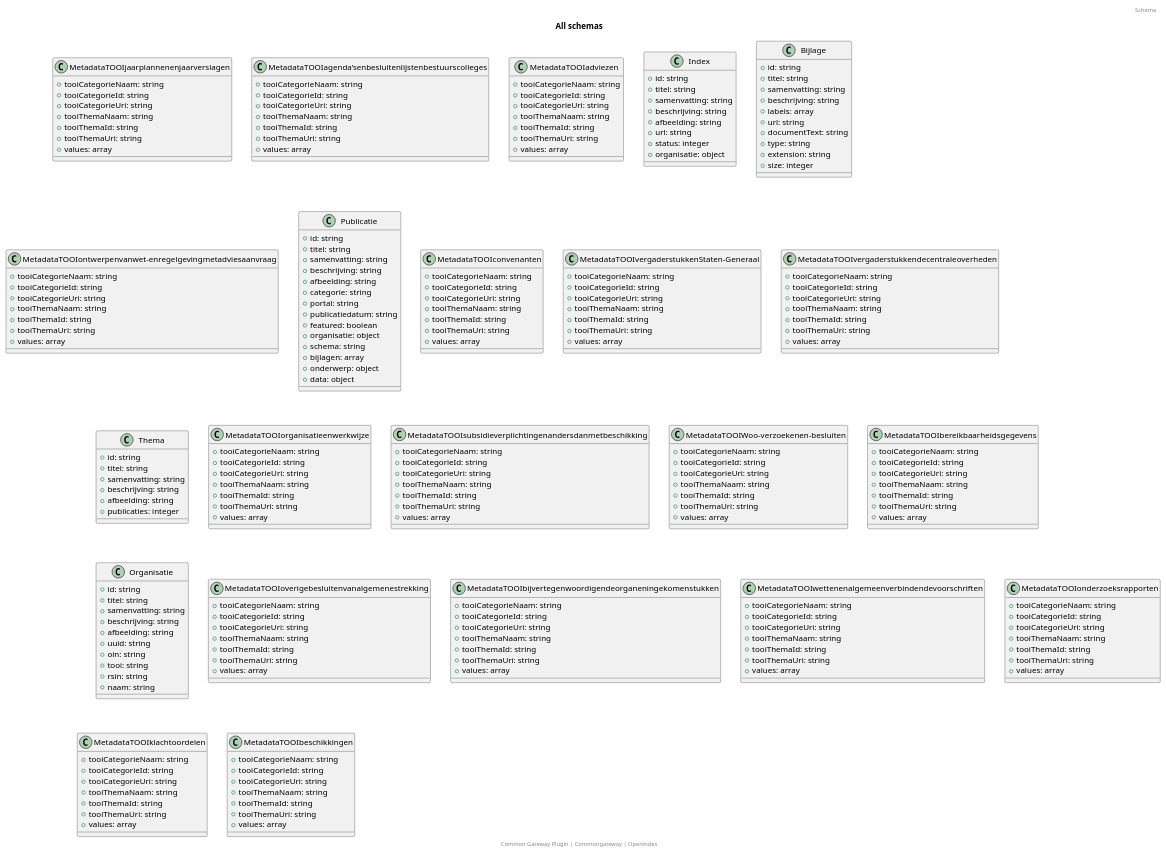
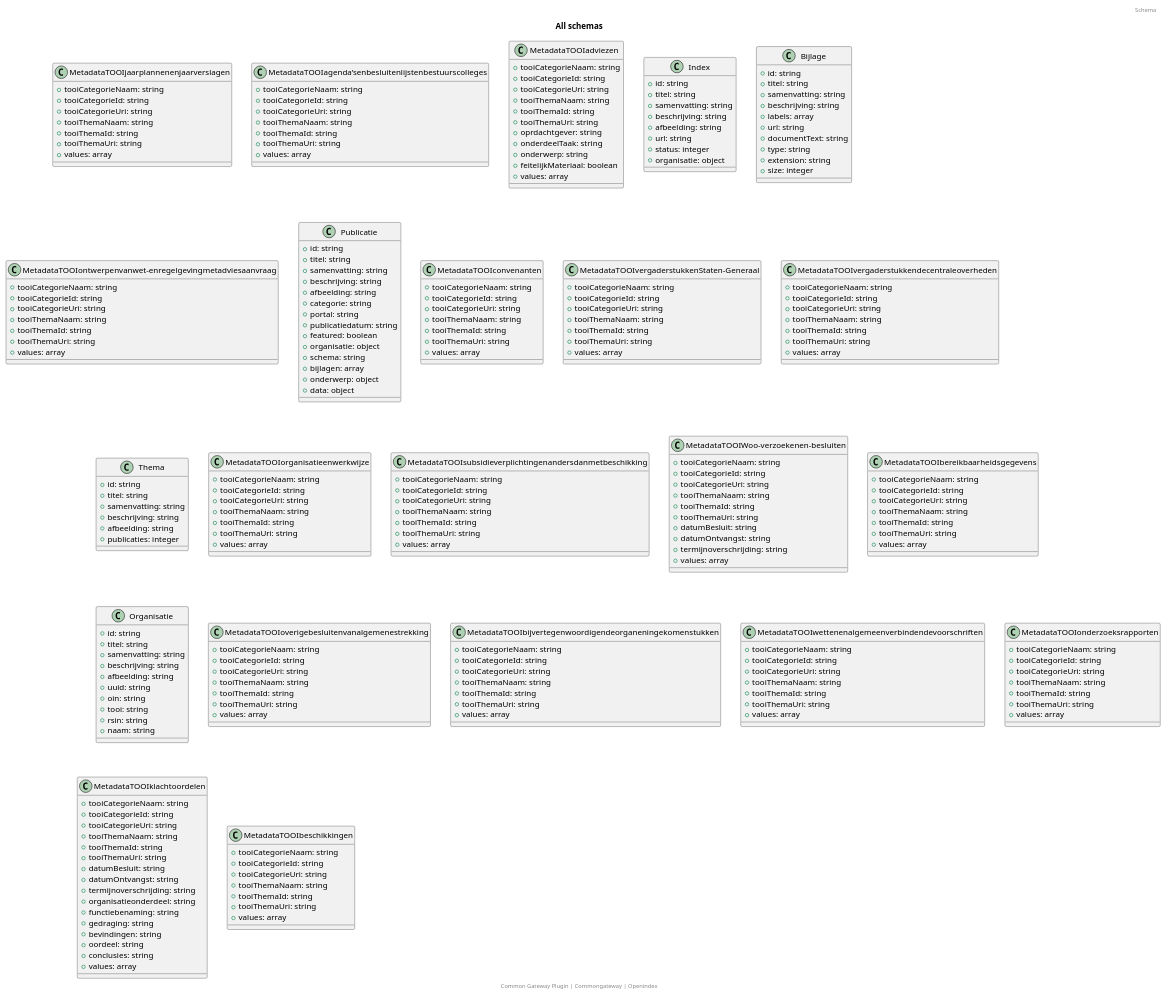
Before and after one commit to CommonGateway/OpenIndex: the diagram in docs/schema/all_schema_classes.puml, drawn with PlantUML. The commit also changed 6 other files, not shown here.

```diff
--- a/docs/schema/all_schema_classes.puml
+++ b/docs/schema/all_schema_classes.puml
@@ -27,6 +27,10 @@
   + tooiThemaNaam: string
   + tooiThemaId: string
   + tooiThemaUri: string
+  + oprdachtgever: string
+  + onderdeelTaak: string
+  + onderwerp: string
+  + feitelijkMateriaal: boolean
   + values: array
 }
 class Index {
@@ -136,6 +140,9 @@
   + tooiThemaNaam: string
   + tooiThemaId: string
   + tooiThemaUri: string
+  + datumBesluit: string
+  + datumOntvangst: string
+  + termijnoverschrijding: string
   + values: array
 }
 class MetadataTOOIbereikbaarheidsgegevens {
@@ -202,6 +209,15 @@
   + tooiThemaNaam: string
   + tooiThemaId: string
   + tooiThemaUri: string
+  + datumBesluit: string
+  + datumOntvangst: string
+  + termijnoverschrijding: string
+  + organisatieonderdeel: string
+  + functiebenaming: string
+  + gedraging: string
+  + bevindingen: string
+  + oordeel: string
+  + conclusies: string
   + values: array
 }
 class MetadataTOOIbeschikkingen {
```
